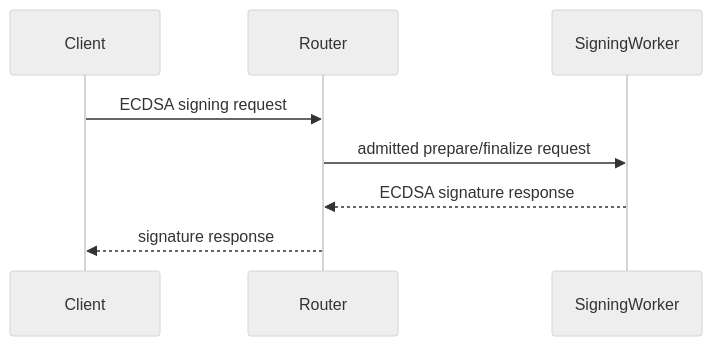
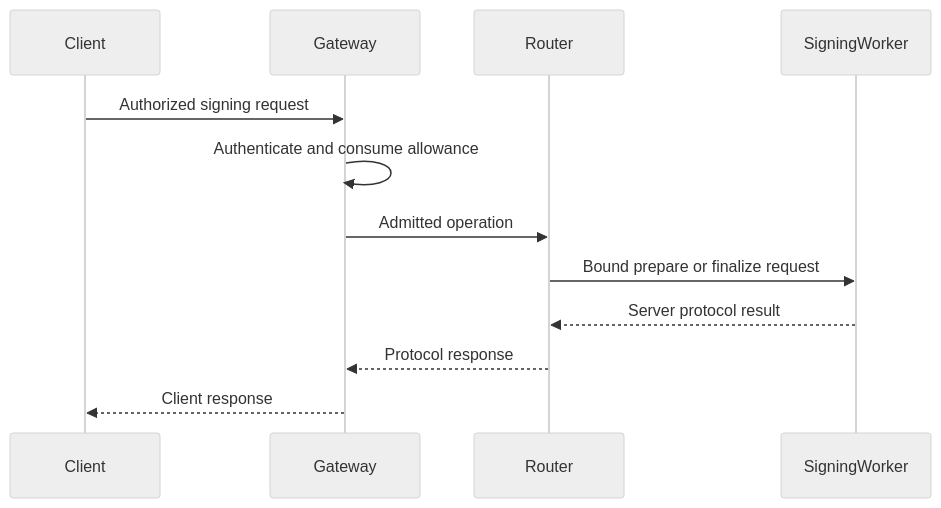
One commit to seams-tech/seams-wallet changed the second of 2 diagrams in docs/router-ab/protocol.md. Above: the diagram before and after it, drawn with Mermaid (neutral theme). The commit also changed other lines of this file and 22 other files, not shown here.

````diff
--- a/docs/router-ab/protocol.md
+++ b/docs/router-ab/protocol.md
@@ -1642,11 +172,15 @@
 ```mermaid
 sequenceDiagram
   participant C as Client
+  participant G as Gateway
   participant R as Router
-  participant SW as SigningWorker
+  participant S as SigningWorker
 
-  C->>R: ECDSA signing request
-  R->>SW: admitted prepare/finalize request
-  SW-->>R: ECDSA signature response
-  R-->>C: signature response
+  C->>G: Authorized signing request
+  G->>G: Authenticate and consume allowance
+  G->>R: Admitted operation
+  R->>S: Bound prepare or finalize request
+  S-->>R: Server protocol result
+  R-->>G: Protocol response
+  G-->>C: Client response
 ```
````
